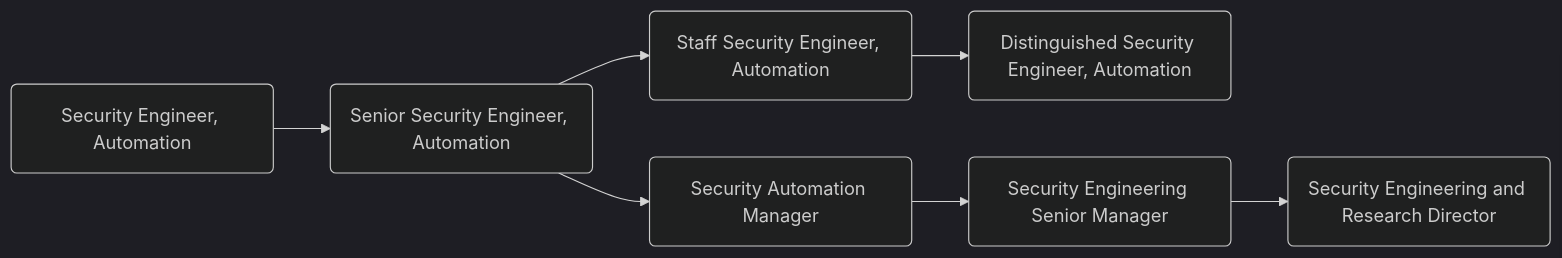
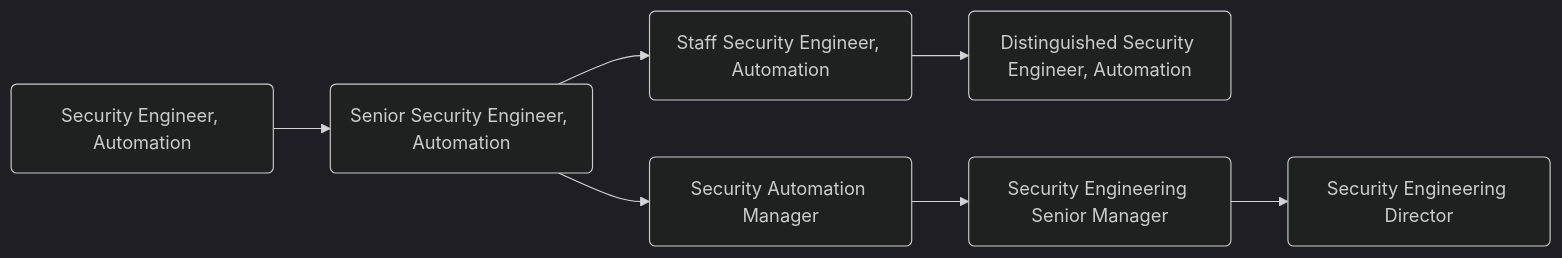
One commit to secretstartups/handbook changed the diagram in job-families/security/security-automation/index.html.md. Above: the diagram before and after it, drawn with Mermaid (dark theme). The commit also changed other lines of this file and 7 other files, not shown here.

Commit message:
Rename Security Research and Engineering

````diff
--- a/job-families/security/security-automation/index.html.md
+++ b/job-families/security/security-automation/index.html.md
@@ -184,9 +184,9 @@
 ```mermaid
   graph LR;
   sec:se(Security Engineer, Automation)-->sec:sse(Senior Security Engineer, Automation);
   sec:sse(Senior Security Engineer, Automation)-->sec:stse(Staff Security Engineer, Automation);
   sec:stse(Staff Security Engineer, Automation)-->sec:stsf(Distinguished Security Engineer, Automation);
   sec:sse(Senior Security Engineer, Automation)-->sec:sem(Security Automation Manager);
   sec:sem(Security Automation Manager)-->sec:sesm(Security Engineering Senior Manager);
-  sec:sesm(Security Engineering Senior Manager)-->sec:ds(Security Engineering and Research Director);
+  sec:sesm(Security Engineering Senior Manager)-->sec:ds(Security Engineering Director);
 ```
````
